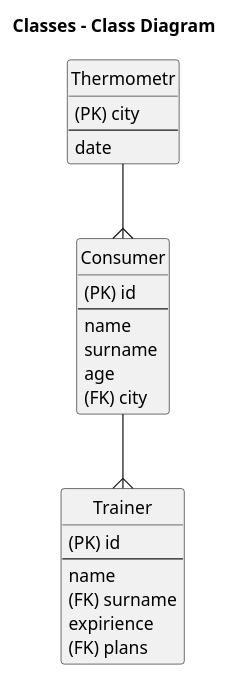
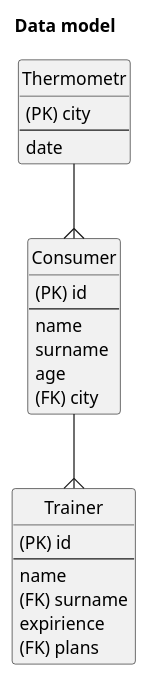
Before and after one commit to oleksandrblazhko/ai204-kuminov: the diagram in 2-SoftwareDesign/2.7-PlantUML/DataModel.puml, drawn with PlantUML.

```diff
--- a/2-SoftwareDesign/2.7-PlantUML/DataModel.puml
+++ b/2-SoftwareDesign/2.7-PlantUML/DataModel.puml
@@ -1,33 +1,33 @@
 @startuml
 
-title Classes - Class Diagram
+title Data model
 
 hide circle
 entity "Consumer"{
 (PK) id
 --
 name
 surname
 age
 (FK) city
 }
 
 entity "Thermometr"{
 (PK) city
 --
 date
 }
 
 entity "Trainer"{
 (PK) id
 --
 name
 (FK) surname
 expirience
 (FK) plans
 }
 
 Consumer --{ Trainer
 Thermometr --{ Consumer
 
 @enduml
```
